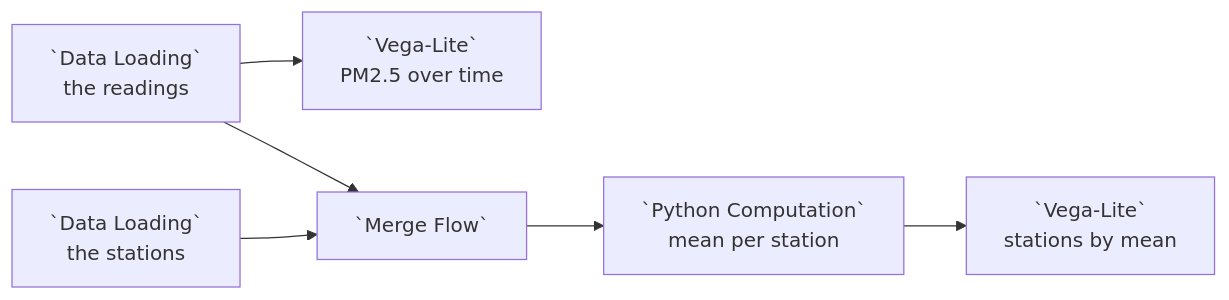
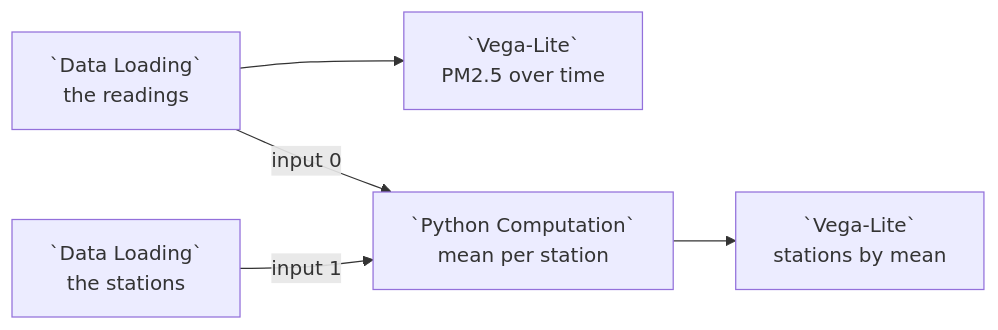
One commit to urban-toolkit/curio changed the diagram in docs/examples/20-storage-folder-of-csv-files.md. Above: the diagram before and after it, drawn with Mermaid. The commit also changed other lines of this file and 15 other files, not shown here.

Commit message:
Docs and walkthroughs wire flows straight into a node with several inputs

````diff
--- a/docs/examples/20-storage-folder-of-csv-files.md
+++ b/docs/examples/20-storage-folder-of-csv-files.md
@@ -32,8 +32,7 @@
 ```mermaid
 flowchart LR
   R[`Data Loading`<br/>the readings] --> C[`Vega-Lite`<br/>PM2.5 over time]
-  R --> M[`Merge Flow`]
-  S[`Data Loading`<br/>the stations] --> M
-  M --> J[`Python Computation`<br/>mean per station]
+  R -->|input 0| J[`Python Computation`<br/>mean per station]
+  S[`Data Loading`<br/>the stations] -->|input 1| J
   J --> P[`Vega-Lite`<br/>stations by mean]
 ```
````
